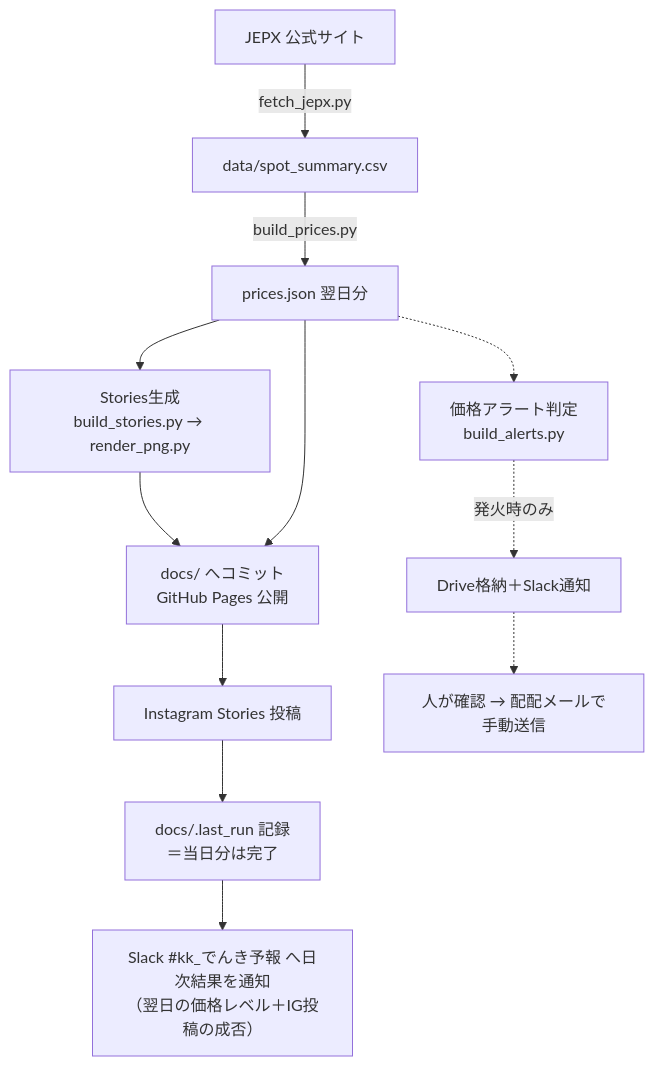
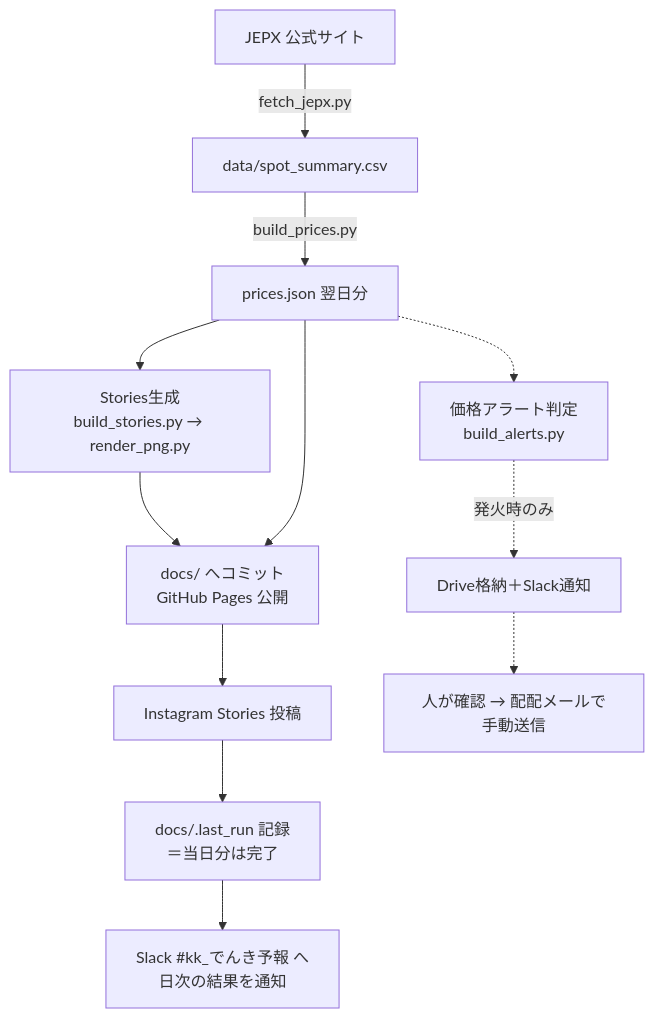
One commit to tera-energy-jp/tera-denki-yohou changed the diagram in README.md. Above: the diagram before and after it, drawn with Mermaid. The commit also changed other lines of this file and 2 other files, not shown here.

````diff
--- a/README.md
+++ b/README.md
@@ -13,16 +15,16 @@
 ```mermaid
 flowchart TD
     A[JEPX 公式サイト] -->|fetch_jepx.py| B[data/spot_summary.csv]
     B -->|build_prices.py| C[prices.json 翌日分]
     C --> F[Stories生成<br>build_stories.py → render_png.py]
     F --> I[docs/ へコミット<br>GitHub Pages 公開]
     C --> I
     I --> J[Instagram Stories 投稿]
     J --> K[docs/.last_run 記録<br>＝当日分は完了]
 
     C -.-> L[価格アラート判定<br>build_alerts.py]
     L -.->|発火時のみ| N[Drive格納＋Slack通知]
     N -.-> P[人が確認 → 配配メールで手動送信]
 
-    K --> Q["Slack #kk_でんき予報 へ日次結果を通知<br>（翌日の価格レベル＋IG投稿の成否）"]
+    K --> Q["Slack #kk_でんき予報 へ<br>日次の結果を通知"]
 ```
````
